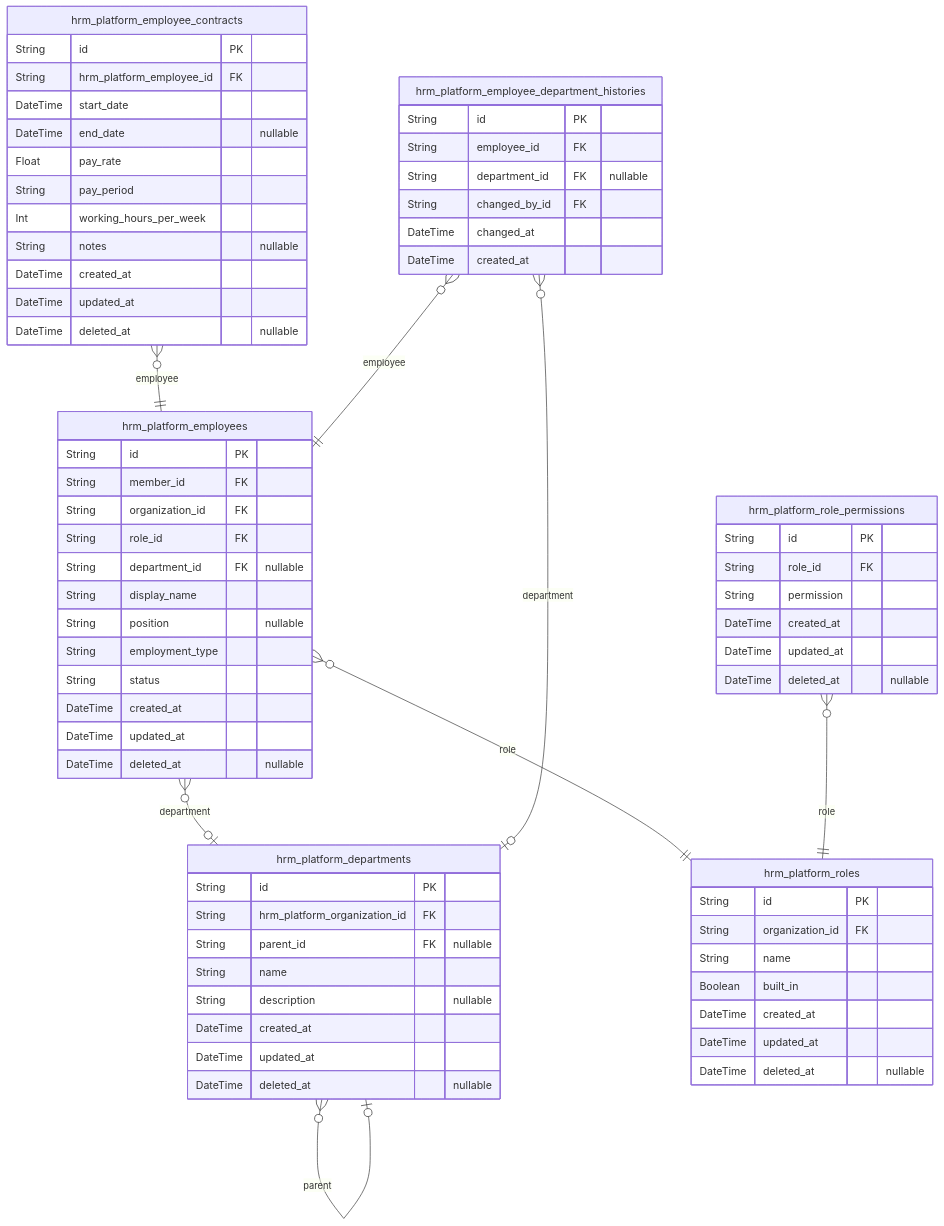
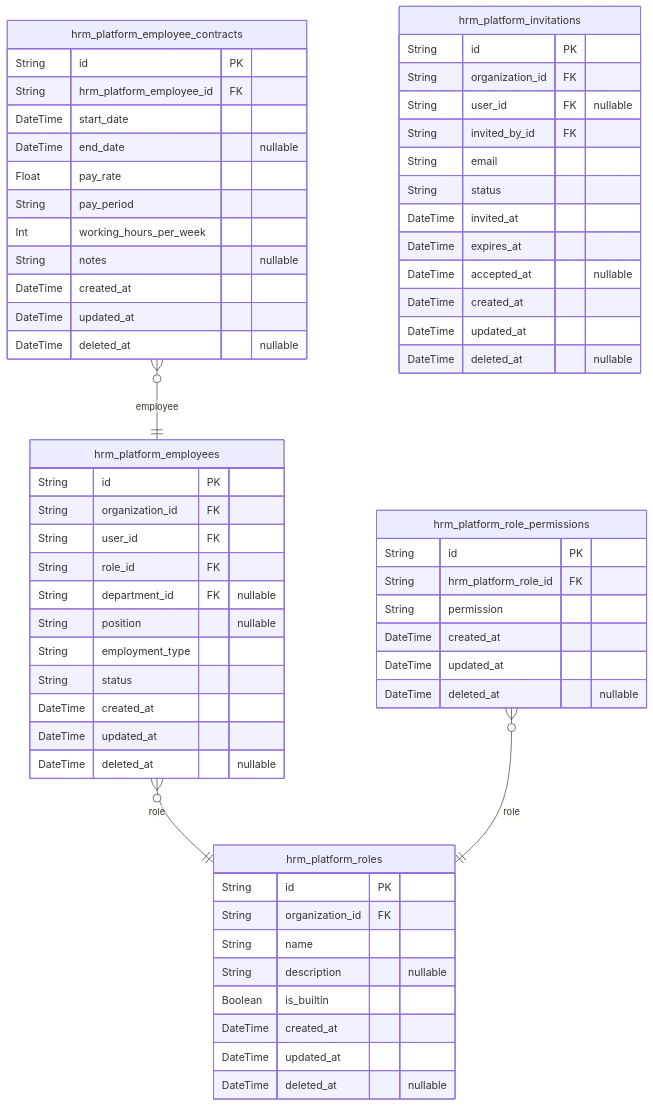
One commit to wrtnlabs/autobe-examples changed the third of 6 diagrams in qwen/qwen3.5-397b-a17b/erp/docs/ERD.md. Above: the diagram before and after it, drawn with Mermaid. The commit also changed other lines of this file and 9017 other files, not shown here.

````diff
--- a/qwen/qwen3.5-397b-a17b/erp/docs/ERD.md
+++ b/qwen/qwen3.5-397b-a17b/erp/docs/ERD.md
@@ -264,72 +271,64 @@
 ```mermaid
 erDiagram
 "hrm_platform_employees" {
   String id PK
-  String member_id FK
   String organization_id FK
+  String user_id FK
   String role_id FK
   String department_id FK "nullable"
-  String display_name
   String position "nullable"
   String employment_type
   String status
   DateTime created_at
   DateTime updated_at
   DateTime deleted_at "nullable"
 }
 "hrm_platform_employee_contracts" {
   String id PK
   String hrm_platform_employee_id FK
   DateTime start_date
   DateTime end_date "nullable"
   Float pay_rate
   String pay_period
   Int working_hours_per_week
   String notes "nullable"
   DateTime created_at
   DateTime updated_at
   DateTime deleted_at "nullable"
 }
-"hrm_platform_departments" {
-  String id PK
-  String hrm_platform_organization_id FK
-  String parent_id FK "nullable"
-  String name
-  String description "nullable"
-  DateTime created_at
-  DateTime updated_at
-  DateTime deleted_at "nullable"
-}
 "hrm_platform_roles" {
   String id PK
   String organization_id FK
   String name
-  Boolean built_in
+  String description "nullable"
+  Boolean is_builtin
   DateTime created_at
   DateTime updated_at
   DateTime deleted_at "nullable"
 }
 "hrm_platform_role_permissions" {
   String id PK
-  String role_id FK
+  String hrm_platform_role_id FK
   String permission
   DateTime created_at
   DateTime updated_at
   DateTime deleted_at "nullable"
 }
-"hrm_platform_employee_department_histories" {
+"hrm_platform_invitations" {
   String id PK
-  String employee_id FK
-  String department_id FK "nullable"
-  String changed_by_id FK
-  DateTime changed_at
+  String organization_id FK
+  String user_id FK "nullable"
+  String invited_by_id FK
+  String email
+  String status
+  DateTime invited_at
+  DateTime expires_at
+  DateTime accepted_at "nullable"
   DateTime created_at
+  DateTime updated_at
+  DateTime deleted_at "nullable"
 }
 "hrm_platform_employees" }o--|| "hrm_platform_roles" : role
-"hrm_platform_employees" }o--o| "hrm_platform_departments" : department
 "hrm_platform_employee_contracts" }o--|| "hrm_platform_employees" : employee
-"hrm_platform_departments" }o--o| "hrm_platform_departments" : parent
 "hrm_platform_role_permissions" }o--|| "hrm_platform_roles" : role
-"hrm_platform_employee_department_histories" }o--|| "hrm_platform_employees" : employee
-"hrm_platform_employee_department_histories" }o--o| "hrm_platform_departments" : department
 ```
````
